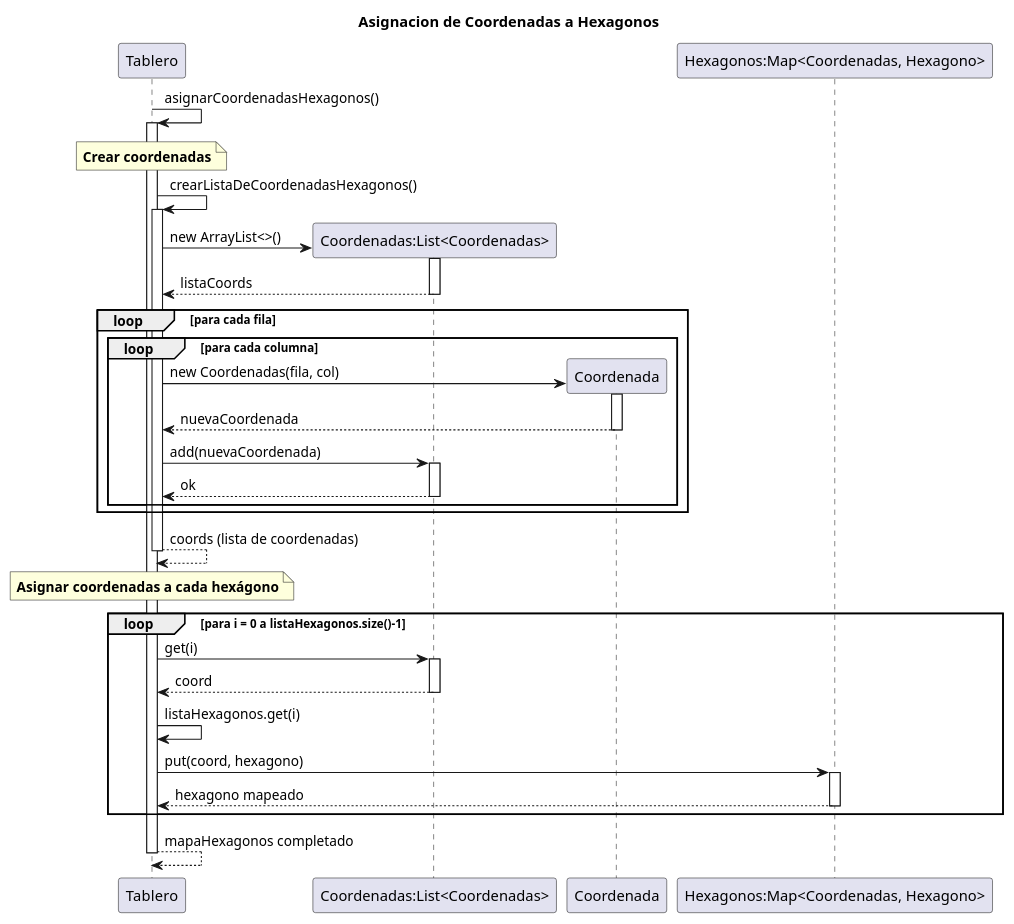
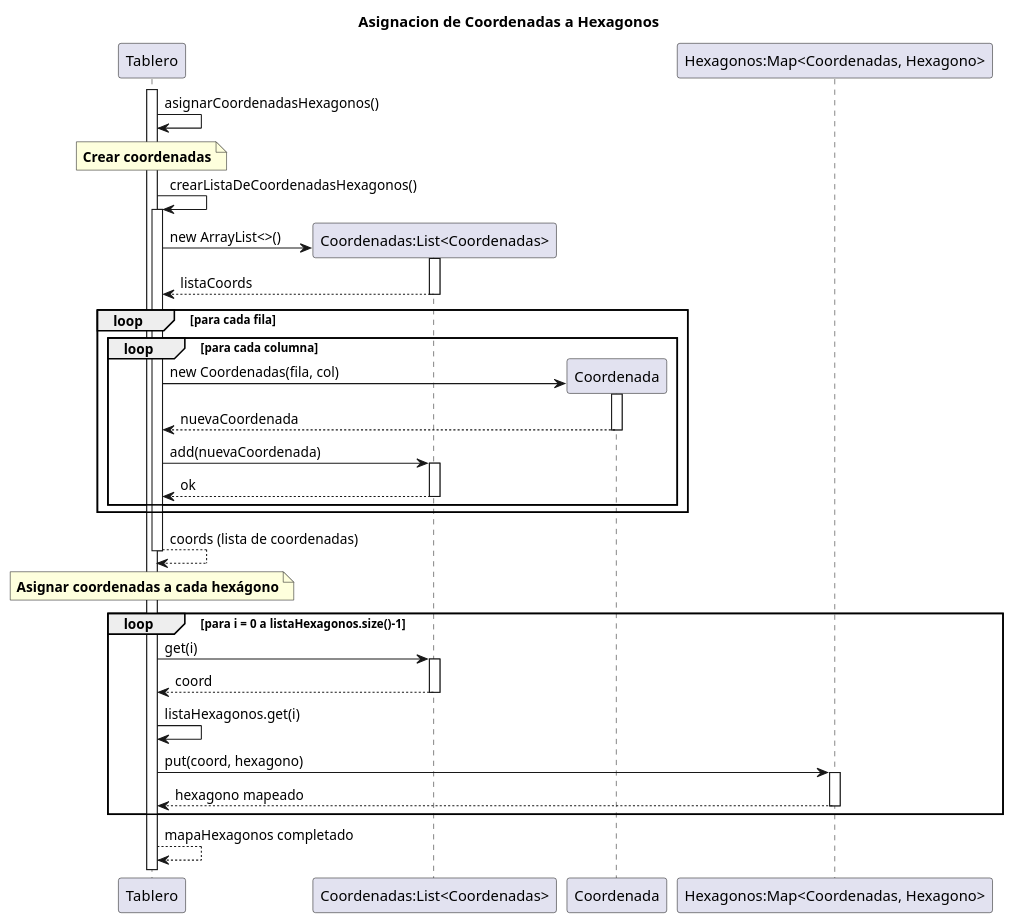
The diagram in diagrams/sequences/creacionDelTablero/02asignacionDeCoordenadas.puml (gonzamoran/TP_Paradigmas), drawn with PlantUML before and after one commit. The commit also changed 20 other files, not shown here.

Commit message:
Todas las cartas de desarrollo implementadas, gran caballeria implementada, avance de interfaz y de diagramas.

```diff
--- a/diagrams/sequences/creacionDelTablero/02asignacionDeCoordenadas.puml
+++ b/diagrams/sequences/creacionDelTablero/02asignacionDeCoordenadas.puml
@@ -1,62 +1,61 @@
 @startuml asignacionDeCoordenadas
 
 title Asignacion de Coordenadas a Hexagonos
 
 participant Tablero
 participant "Coordenadas:List<Coordenadas>" as ListaCoords
 participant "Coordenada" as Coord
 participant "Hexagonos:Map<Coordenadas, Hexagono>" as MapaHexagonos
 
+activate Tablero
 Tablero -> Tablero: asignarCoordenadasHexagonos()
-activate Tablero
 
 Note over Tablero: **Crear coordenadas**
 Tablero -> Tablero: crearListaDeCoordenadasHexagonos()
 create ListaCoords
 activate Tablero
 
 Tablero -> ListaCoords: new ArrayList<>()
 activate ListaCoords
 ListaCoords --> Tablero: listaCoords
 deactivate ListaCoords
 
 loop para cada fila
 
     loop para cada columna
         
         create Coord
         Tablero -> Coord: new Coordenadas(fila, col)
         activate Coord
         Coord --> Tablero: nuevaCoordenada
         deactivate Coord
         
         Tablero -> ListaCoords: add(nuevaCoordenada)
         activate ListaCoords
         ListaCoords --> Tablero: ok
         deactivate ListaCoords
     end
 end
 
 Tablero --> Tablero: coords (lista de coordenadas)
 deactivate Tablero
 
 Note over Tablero: **Asignar coordenadas a cada hexágono**
 
 loop para i = 0 a listaHexagonos.size()-1
     Tablero -> ListaCoords: get(i)
     activate ListaCoords
     ListaCoords --> Tablero: coord
     deactivate ListaCoords
     
     Tablero -> Tablero: listaHexagonos.get(i)
     
     Tablero -> MapaHexagonos: put(coord, hexagono)
     activate MapaHexagonos
     MapaHexagonos --> Tablero: hexagono mapeado
     deactivate MapaHexagonos
 end
 
 Tablero --> Tablero: mapaHexagonos completado
-deactivate Tablero
 
 @enduml
```
